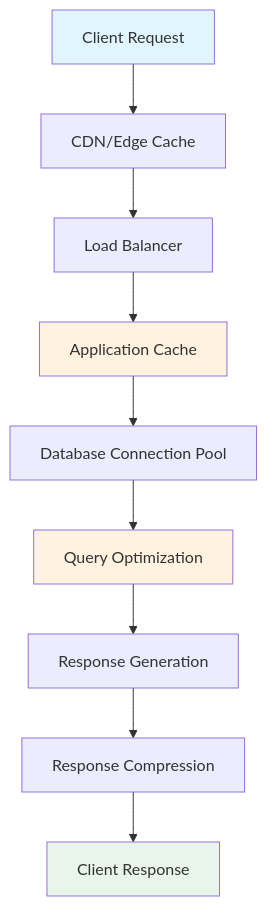
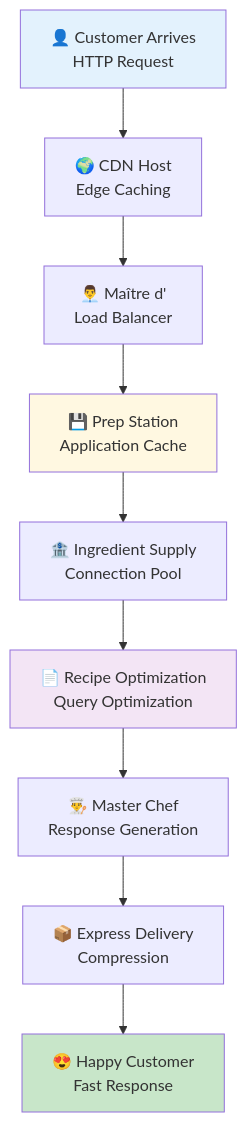
Before and after one commit to ridwanspace/restful-fastapi-guideline: the third of 6 diagrams in app/docs/03_intermediate/06-performance-optimization/page.mdx, drawn with Mermaid. The commit also changed other lines of this file and 1 other file, not shown here.

First line of the commit message:
Docs: Revamp performance guide with analogies, diagrams, and depth

````diff
--- a/app/docs/03_intermediate/06-performance-optimization/page.mdx
+++ b/app/docs/03_intermediate/06-performance-optimization/page.mdx
@@ -11,16 +81,16 @@
 ```mermaid
 graph TD
-    A[Client Request] --> B[CDN/Edge Cache]
-    B --> C[Load Balancer]
-    C --> D[Application Cache]
-    D --> E[Database Connection Pool]
-    E --> F[Query Optimization]
-    F --> G[Response Generation]
-    G --> H[Response Compression]
-    H --> I[Client Response]
+    A[👤 Customer Arrives<br/>HTTP Request] --> B[🌍 CDN Host<br/>Edge Caching]
+    B --> C[👨‍💼 Maître d'<br/>Load Balancer]
+    C --> D[💾 Prep Station<br/>Application Cache]
+    D --> E[🏦 Ingredient Supply<br/>Connection Pool]
+    E --> F[📄 Recipe Optimization<br/>Query Optimization]
+    F --> G[👨‍🍳 Master Chef<br/>Response Generation]
+    G --> H[📦 Express Delivery<br/>Compression]
+    H --> I[😍 Happy Customer<br/>Fast Response]
     
-    style A fill:#e1f5fe
-    style I fill:#e8f5e8
-    style D fill:#fff3e0
-    style F fill:#fff3e0
+    style A fill:#e3f2fd
+    style I fill:#c8e6c9
+    style D fill:#fff8e1
+    style F fill:#f3e5f5
 ```
````
